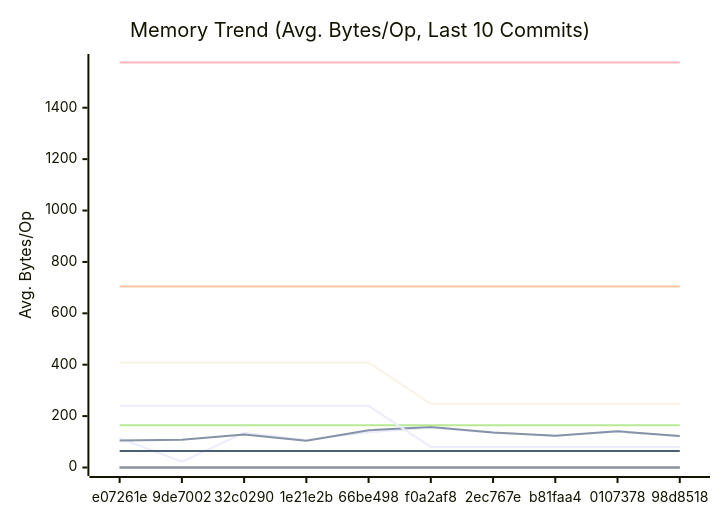
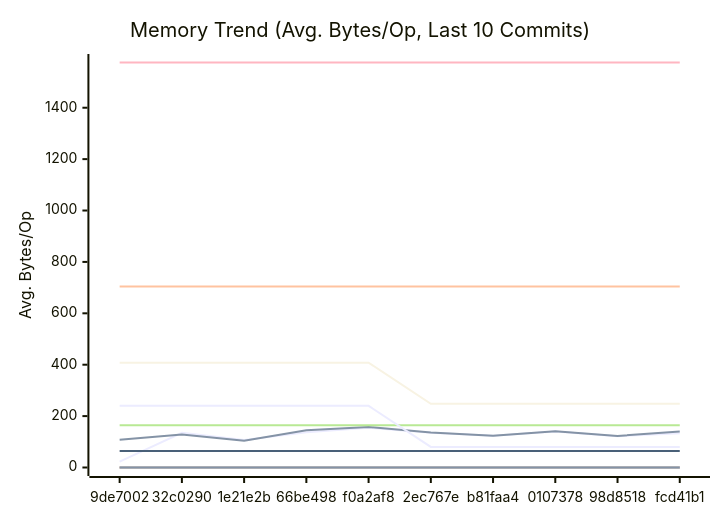
Before and after one commit to alsotoes/momo: the second of 3 diagrams in docs/PERFORMANCE.md, drawn with Mermaid. The commit also changed other lines of this file and 2 other files, not shown here.

````diff
--- a/docs/PERFORMANCE.md
+++ b/docs/PERFORMANCE.md
@@ -171,20 +171,20 @@
 ```mermaid
 xychart-beta
     title "Memory Trend (Avg. Bytes/Op, Last 10 Commits)"
     x-axis "Commit"
     y-axis "Avg. Bytes/Op"
-    x-axis [e07261e,9de7002,32c0290,1e21e2b,66be498,f0a2af8,2ec767e,b81faa4,0107378,98d8518]
-    line "AWSChunkedReaderSigned" [114,23,135,107,137,155,135,124,140,122]
-    line "AWSChunkedReaderUnsigned" [105,108,128,104,145,158,136,124,141,123]
+    x-axis [9de7002,32c0290,1e21e2b,66be498,f0a2af8,2ec767e,b81faa4,0107378,98d8518,fcd41b1]
+    line "AWSChunkedReaderSigned" [23,135,107,137,155,135,124,140,122,133]
+    line "AWSChunkedReaderUnsigned" [108,128,104,145,158,136,124,141,123,140]
     line "CheckMetricsAndSwap" [0,0,0,0,0,0,0,0,0,0]
     line "CrushOptimized" [0,0,0,0,0,0,0,0,0,0]
     line "CrushOriginal" [164,164,164,164,164,164,164,164,164,164]
     line "IndexDirectTracking" [0,0,0,0,0,0,0,0,0,0]
     line "IndexSearch" [0,0,0,0,0,0,0,0,0,0]
     line "LoadGlobalConfig" [1576,1576,1576,1576,1576,1576,1576,1576,1576,1576]
     line "PadString" [64,64,64,64,64,64,64,64,64,64]
     line "ParseReplicationOrder_NoPrealloc" [408,408,408,408,408,248,248,248,248,248]
     line "ParseReplicationOrder_Prealloc" [240,240,240,240,240,80,80,80,80,80]
     line "SanitizeLog/Safe" [0,0,0,0,0,0,0,0,0,0]
     line "SanitizeLog/Unsafe" [704,704,704,704,704,704,704,704,704,704]
 ```
````
